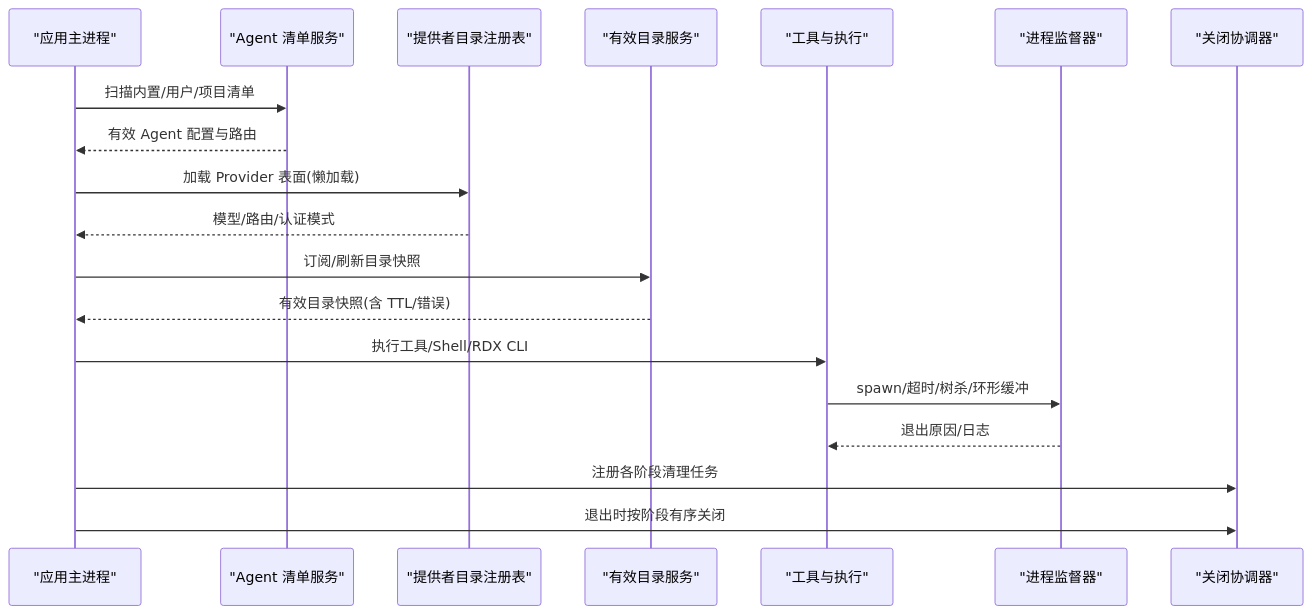
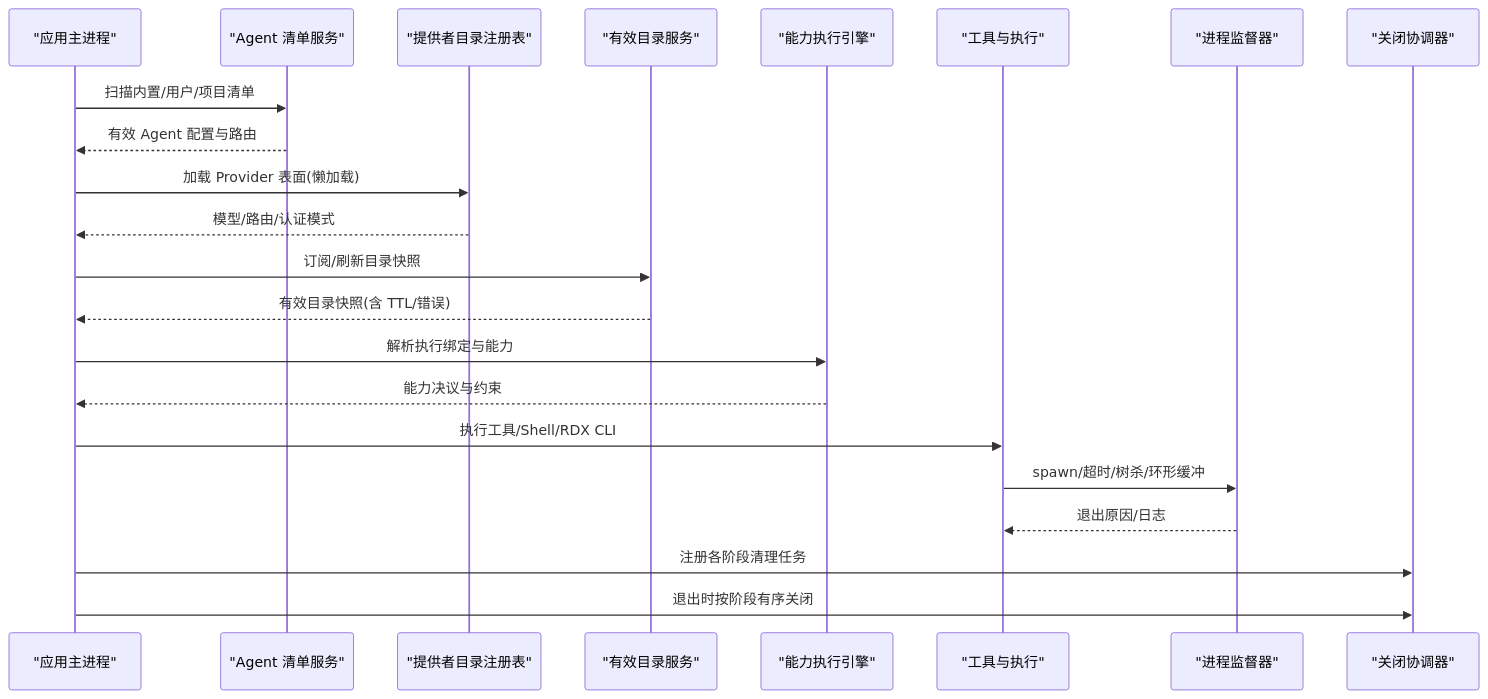
The second of 11 diagrams in .qoder/repowiki/zh/content/扩展开发/扩展生命周期管理.md (haolange/RDC-Agent), drawn with Mermaid before and after one commit. The commit also changed other lines of this file and 221 other files, not shown here.

````diff
--- a/.qoder/repowiki/zh/content/扩展开发/扩展生命周期管理.md
+++ b/.qoder/repowiki/zh/content/扩展开发/扩展生命周期管理.md
@@ -111,21 +126,24 @@
 ```mermaid
 sequenceDiagram
 participant App as "应用主进程"
 participant AMS as "Agent 清单服务"
 participant PRC as "提供者目录注册表"
 participant ECS as "有效目录服务"
+participant Exec as "能力执行引擎"
 participant Tools as "工具与执行"
 participant PS as "进程监督器"
 participant SC as "关闭协调器"
 App->>AMS : 扫描内置/用户/项目清单
 AMS-->>App : 有效 Agent 配置与路由
 App->>PRC : 加载 Provider 表面(懒加载)
 PRC-->>App : 模型/路由/认证模式
 App->>ECS : 订阅/刷新目录快照
 ECS-->>App : 有效目录快照(含 TTL/错误)
+App->>Exec : 解析执行绑定与能力
+Exec-->>App : 能力决议与约束
 App->>Tools : 执行工具/Shell/RDX CLI
 Tools->>PS : spawn/超时/树杀/环形缓冲
 PS-->>Tools : 退出原因/日志
 App->>SC : 注册各阶段清理任务
 App->>SC : 退出时按阶段有序关闭
 ```
````
